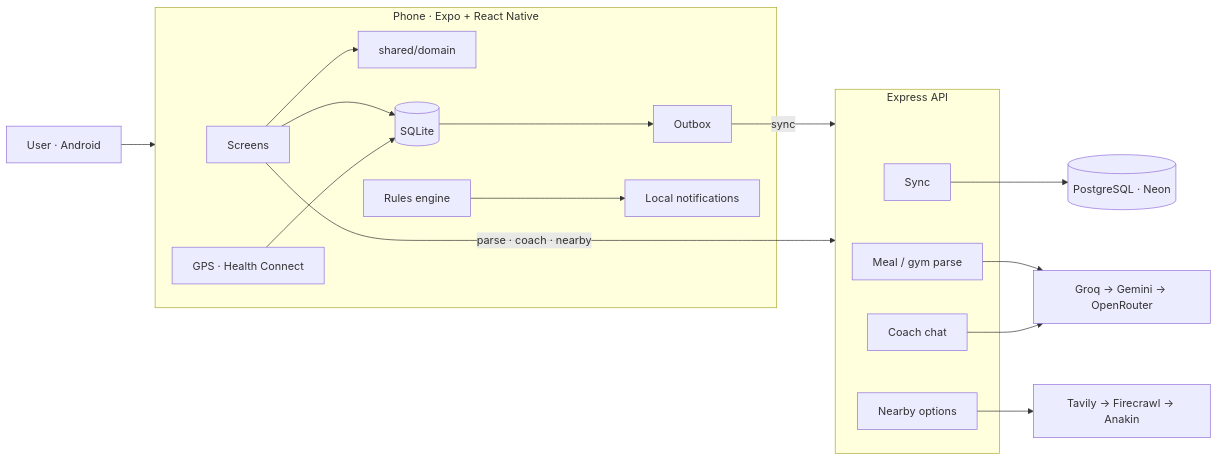
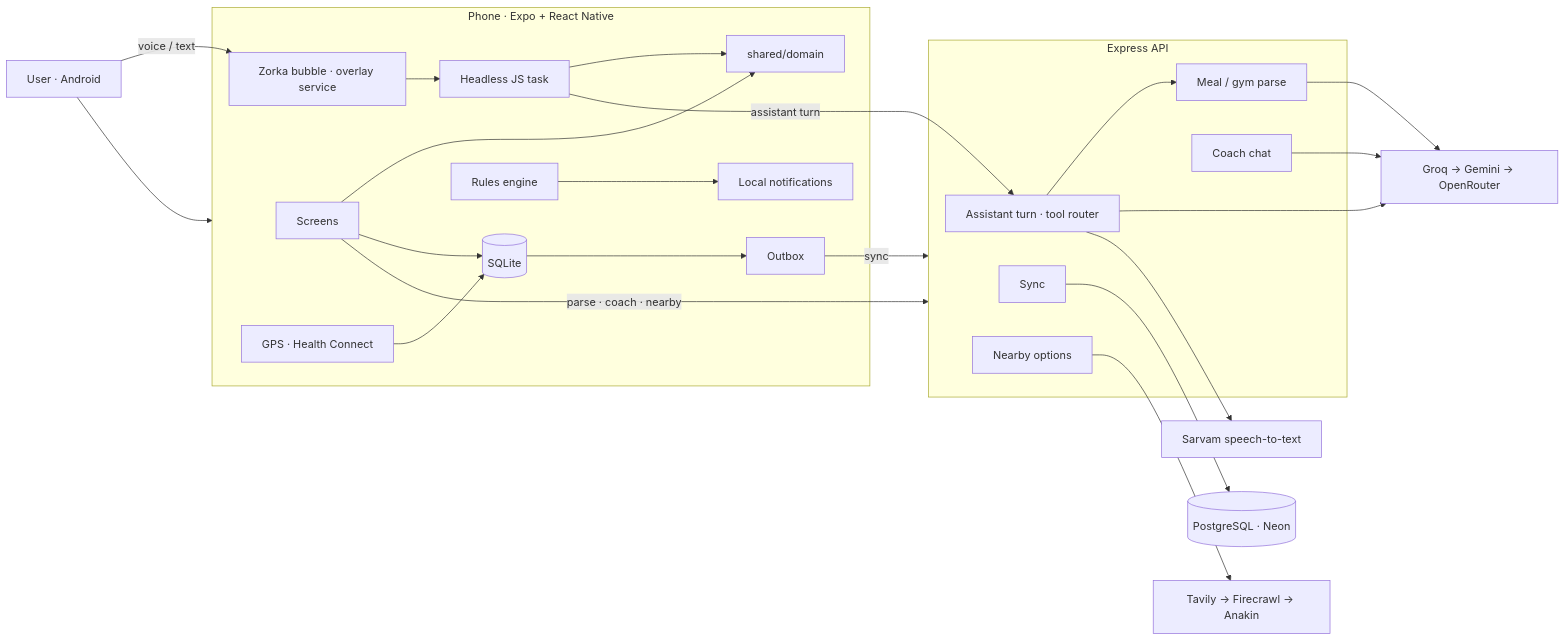
The diagram in README.md (taralshah09/zorka), drawn with Mermaid before and after one commit. The commit also changed other lines of this file, not shown here.

Commit message:
docs: document the Zorka bubble, assistant turn flow and tiers in README

````diff
--- a/README.md
+++ b/README.md
@@ -68,23 +115,31 @@
 ```mermaid
 flowchart LR
   U[User · Android] --> APP
+  U -- voice / text --> B
   subgraph APP[Phone · Expo + React Native]
+    B[Zorka bubble · overlay service] --> HT[Headless JS task]
+    HT --> D
     S[Screens] --> D[shared/domain]
     S --> DB[(SQLite)]
     DB --> O[Outbox]
     R[Rules engine] --> N[Local notifications]
     G[GPS · Health Connect] --> DB
   end
   O -- sync --> API
   S -- parse · coach · nearby --> API
+  HT -- assistant turn --> AT
   subgraph API[Express API]
     SY[Sync]
+    AT[Assistant turn · tool router]
     P[Meal / gym parse]
     C[Coach chat]
     NB[Nearby options]
   end
   SY --> PG[(PostgreSQL · Neon)]
+  AT --> P
+  AT --> AI
+  AT --> STT[Sarvam speech-to-text]
   P --> AI[Groq → Gemini → OpenRouter]
   C --> AI
   NB --> SR[Tavily → Firecrawl → Anakin]
 ```
````
